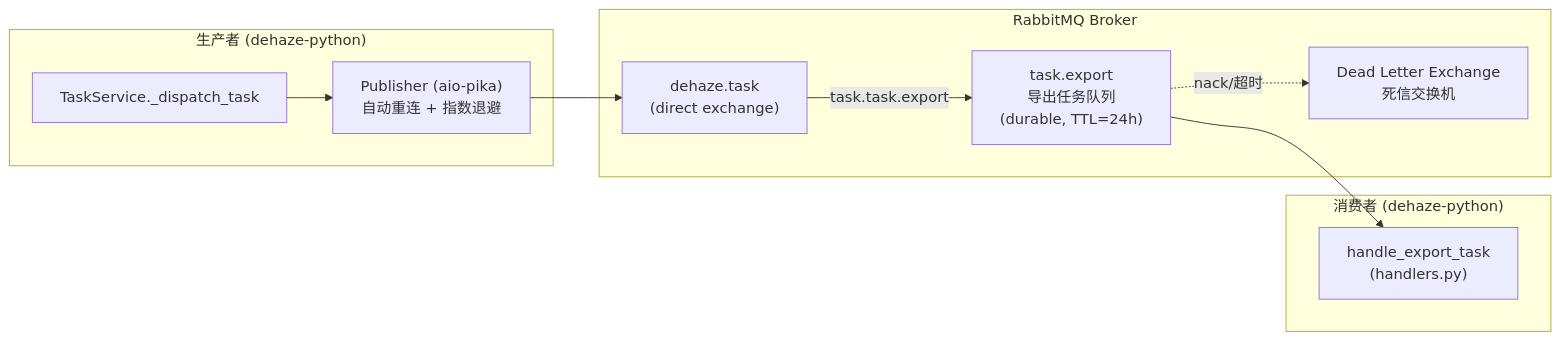
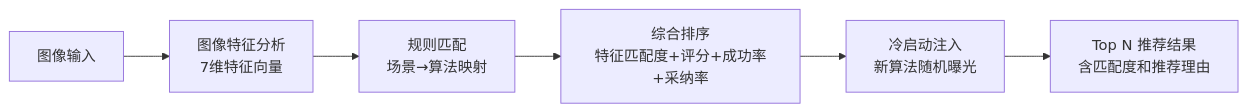
The sixth of 10 diagrams in dehaze-doc/docs/04-项目实现/后端/03-Python算法服务架构文档.md (earthy-zinc/dehaze-system), drawn with Mermaid before and after one commit. The commit also changed other lines of this file and 755 other files, not shown here.

````diff
--- a/dehaze-doc/docs/04-项目实现/后端/03-Python算法服务架构文档.md
+++ b/dehaze-doc/docs/04-项目实现/后端/03-Python算法服务架构文档.md
@@ -820,23 +261,8 @@
 ```mermaid
 flowchart LR
-    subgraph Producer["生产者 (dehaze-python)"]
-        TaskService["TaskService._dispatch_task"]
-        Publisher["Publisher (aio-pika)<br/>自动重连 + 指数退避"]
-    end
-
-    subgraph RabbitMQ["RabbitMQ Broker"]
-        Exchange["dehaze.task<br/>(direct exchange)"]
-        Q1["task.export<br/>导出任务队列<br/>(durable, TTL=24h)"]
-        DLX["Dead Letter Exchange<br/>死信交换机"]
-    end
-
-    subgraph Consumer["消费者 (dehaze-python)"]
-        ExportWorker["handle_export_task<br/>(handlers.py)"]
-    end
-
-    TaskService --> Publisher
-    Publisher --> Exchange
-    Exchange -->|"task.task.export"| Q1
-    Q1 --> ExportWorker
-    Q1 -.->|"nack/超时"| DLX
+    Input["图像输入"] --> FeatureAnalysis["图像特征分析<br/>7维特征向量"]
+    FeatureAnalysis --> RuleMatch["规则匹配<br/>场景→算法映射"]
+    RuleMatch --> Rank["综合排序<br/>特征匹配度+评分+成功率+采纳率"]
+    Rank --> ColdStart["冷启动注入<br/>新算法随机曝光"]
+    ColdStart --> Output["Top N 推荐结果<br/>含匹配度和推荐理由"]
 ```
````
